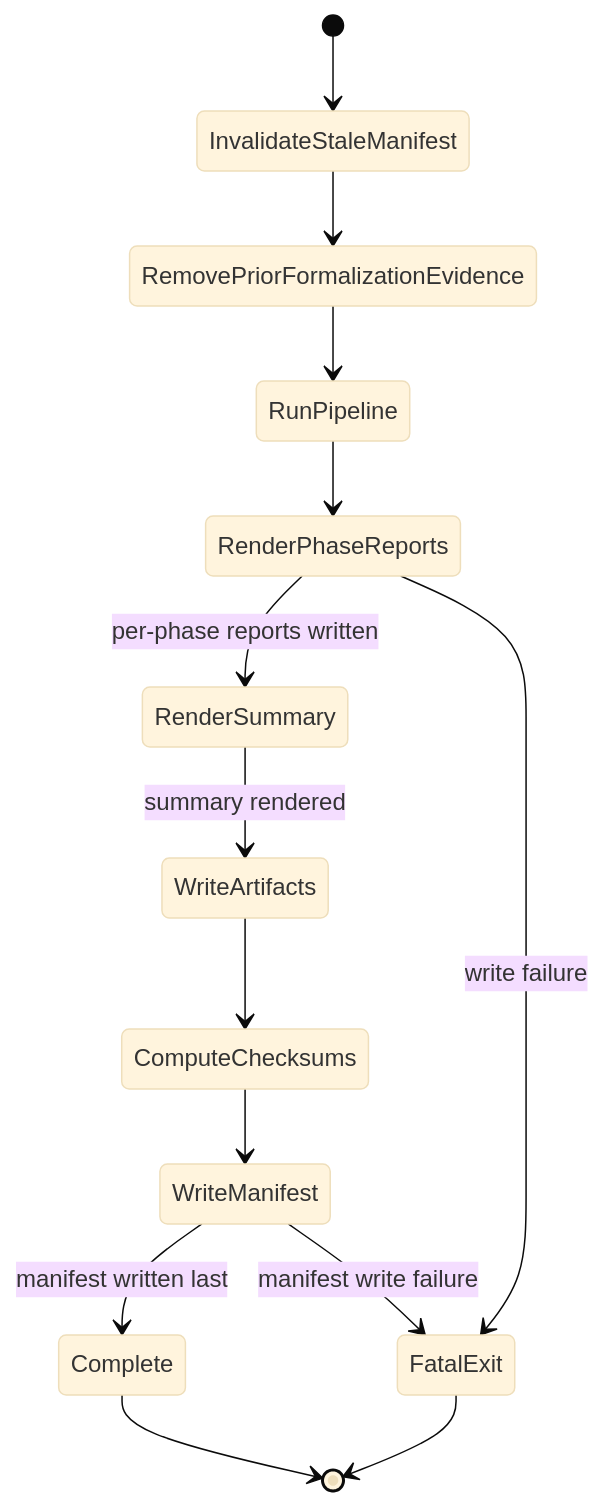
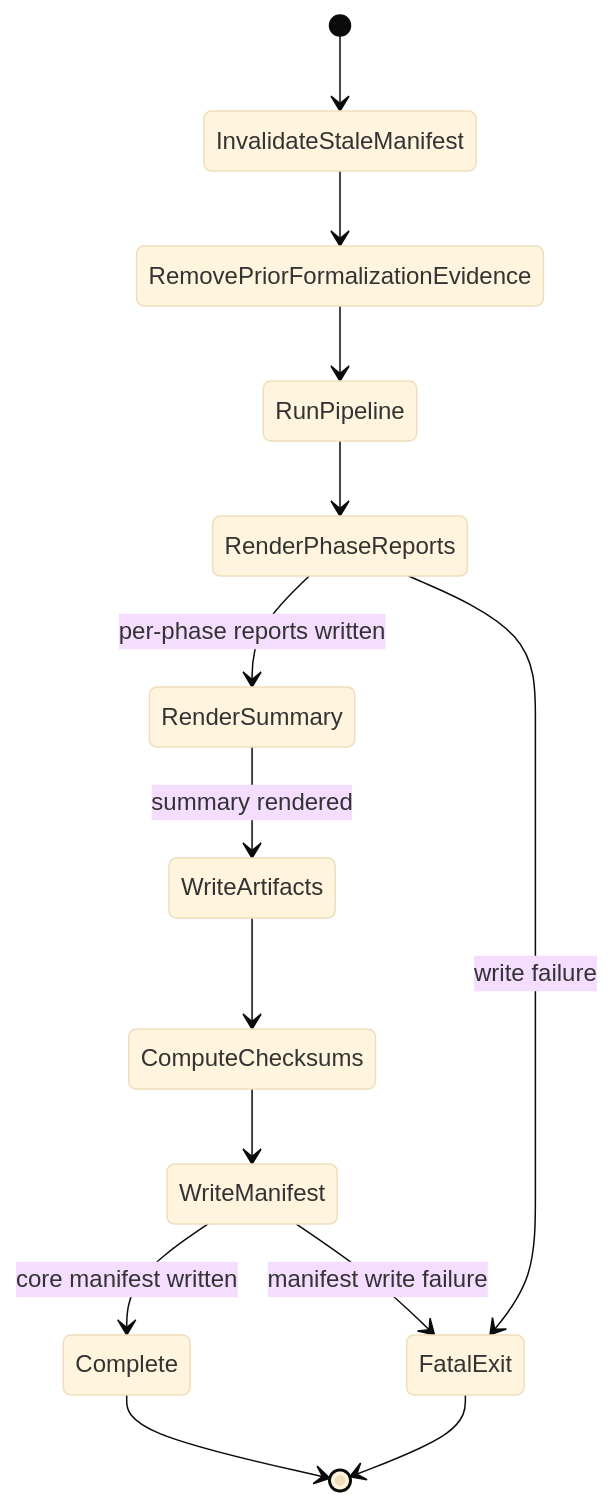
One commit to ohpauleez/spec-check changed the eighth of 13 diagrams in docs/design.md. Above: the diagram before and after it, drawn with Mermaid (base theme). The commit also changed other lines of this file and 28 other files, not shown here.

````diff
--- a/docs/design.md
+++ b/docs/design.md
@@ -841,16 +843,16 @@
 ```mermaid
 stateDiagram-v2
     [*] --> InvalidateStaleManifest
     InvalidateStaleManifest --> RemovePriorFormalizationEvidence
     RemovePriorFormalizationEvidence --> RunPipeline
     RunPipeline --> RenderPhaseReports
     RenderPhaseReports --> RenderSummary: per-phase reports written
     RenderPhaseReports --> FatalExit: write failure
     RenderSummary --> WriteArtifacts: summary rendered
     WriteArtifacts --> ComputeChecksums
     ComputeChecksums --> WriteManifest
-    WriteManifest --> Complete: manifest written last
+    WriteManifest --> Complete: core manifest written
     WriteManifest --> FatalExit: manifest write failure
     Complete --> [*]
     FatalExit --> [*]
 ```
````
